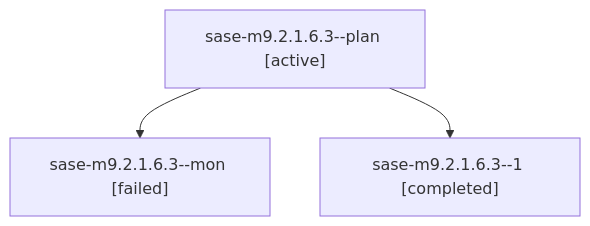
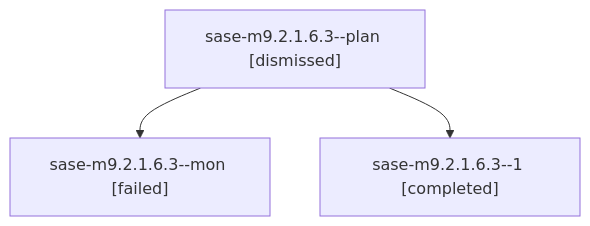
Before and after one commit to sase-org/sase--agents: the diagram in sessions/bbugyi200.athena.sase-m9.2.1.6.3.md, drawn with Mermaid. The commit also changed other lines of this file and 218 other files, not shown here.

````diff
--- a/sessions/bbugyi200.athena.sase-m9.2.1.6.3.md
+++ b/sessions/bbugyi200.athena.sase-m9.2.1.6.3.md
@@ -9,8 +9,8 @@
 ```mermaid
 flowchart TD
-  n0["sase-m9.2.1.6.3--plan [active]"]
+  n0["sase-m9.2.1.6.3--plan [dismissed]"]
   n1["sase-m9.2.1.6.3--mon [failed]"]
   n0 --> n1
   n2["sase-m9.2.1.6.3--1 [completed]"]
   n0 --> n2
 ```
````
